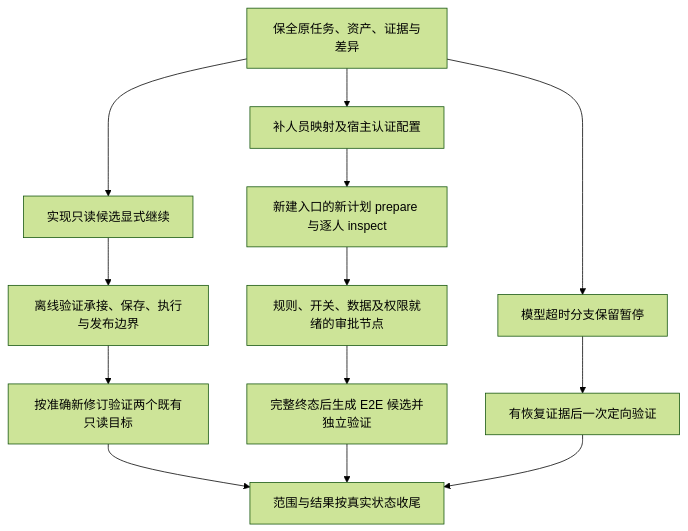
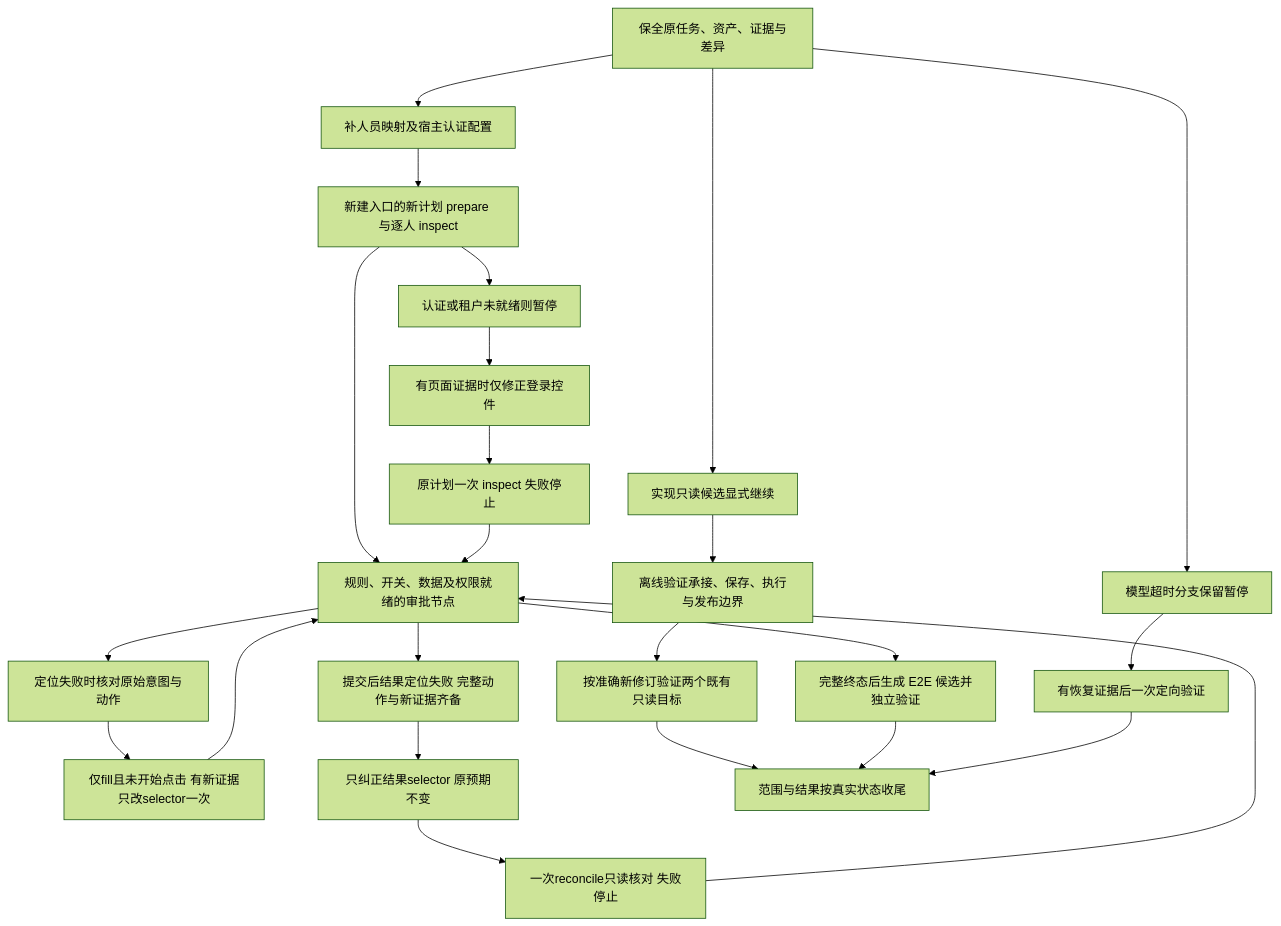
Before and after one commit to liwenshuai4516-debug/00: the diagram in docs/procurement-approval-remediation-plan.md, drawn with Mermaid (forest theme). The commit also changed other lines of this file and 14 other files, not shown here.

````diff
--- a/docs/procurement-approval-remediation-plan.md
+++ b/docs/procurement-approval-remediation-plan.md
@@ -46,15 +46,26 @@
 ```mermaid
 flowchart TD
   A[保全原任务、资产、证据与差异] --> B[实现只读候选显式继续]
   B --> C[离线验证承接、保存、执行与发布边界]
   C --> D[按准确新修订验证两个既有只读目标]
   A --> E[补人员映射及宿主认证配置]
   E --> F[新建入口的新计划 prepare 与逐人 inspect]
   F --> G[规则、开关、数据及权限就绪的审批节点]
+  F --> L[认证或租户未就绪则暂停]
+  L --> M[有页面证据时仅修正登录控件]
+  M --> N[原计划一次 inspect 失败停止]
+  N --> G
+  G --> O[定位失败时核对原始意图与动作]
+  O --> P[仅fill且未开始点击 有新证据只改selector一次]
+  P --> G
+  G --> R[提交后结果定位失败 完整动作与新证据齐备]
+  R --> S[只纠正结果selector 原预期不变]
+  S --> T[一次reconcile只读核对 失败停止]
+  T --> G
   G --> H[完整终态后生成 E2E 候选并独立验证]
   A --> I[模型超时分支保留暂停]
   I --> J[有恢复证据后一次定向验证]
   D --> K[范围与结果按真实状态收尾]
   H --> K
   J --> K
 ```
````
